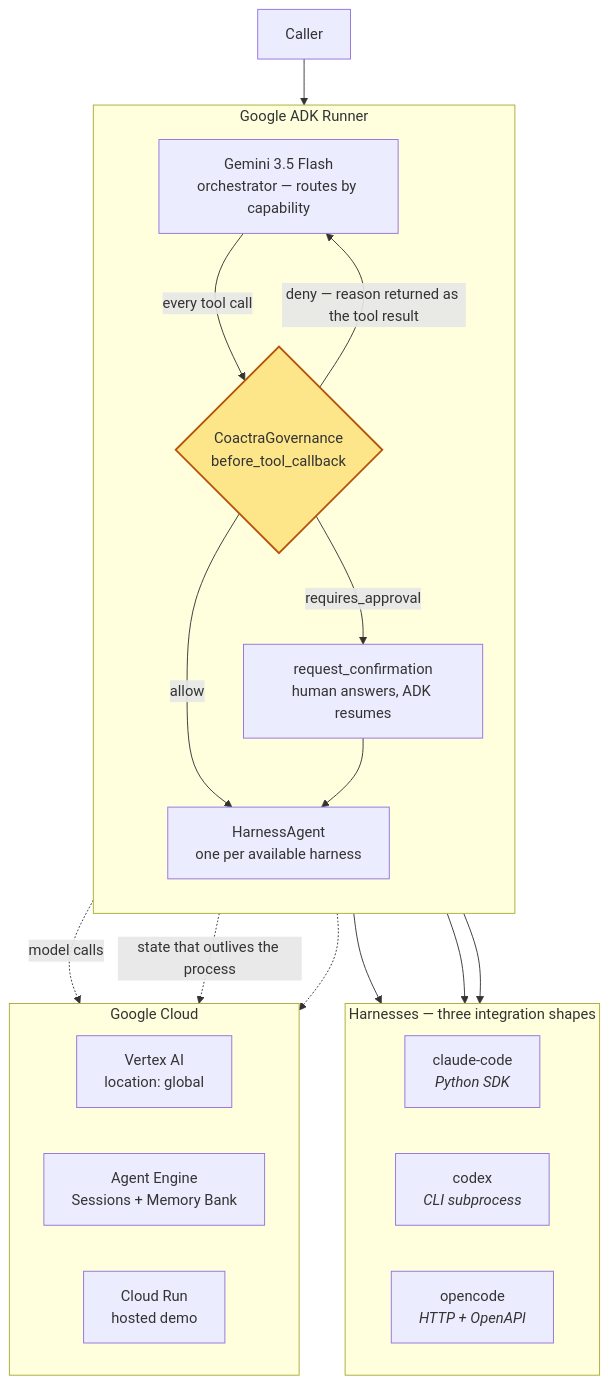
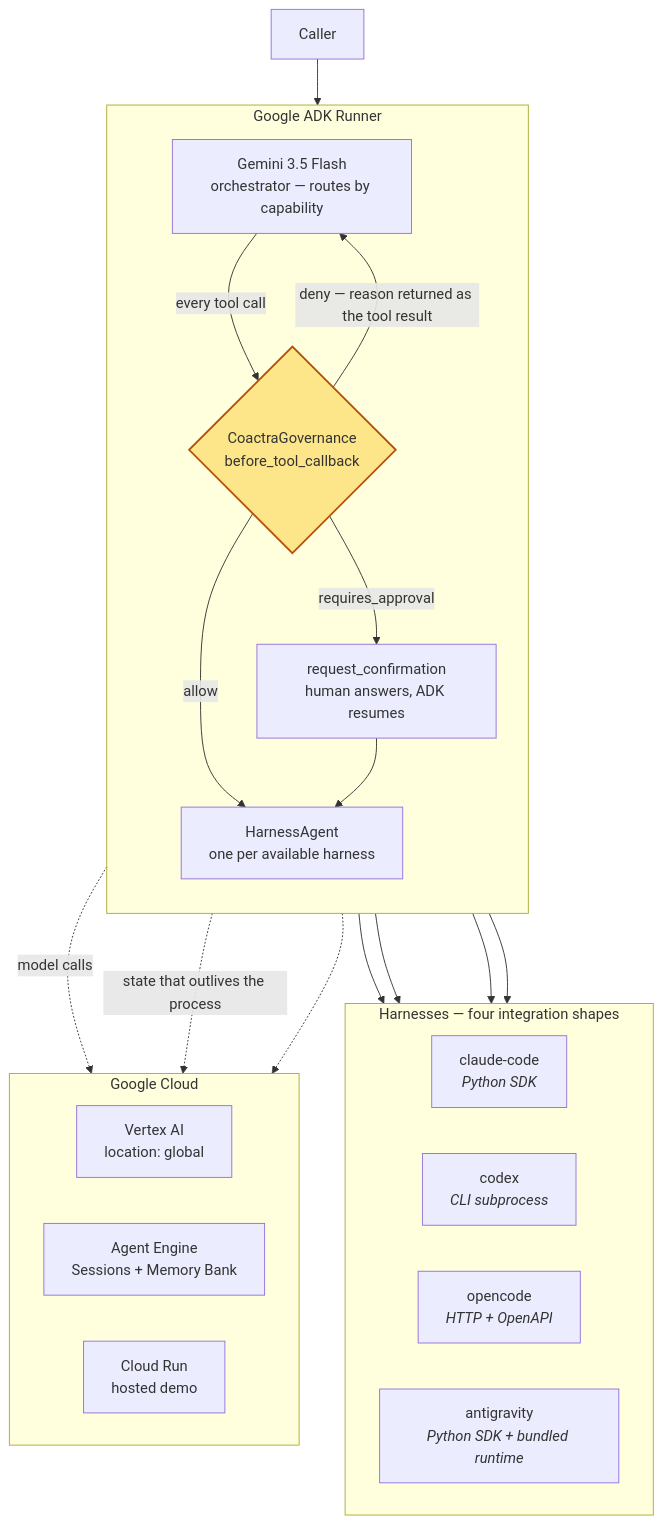
One commit to Davedat-110105/adk-harness changed the diagram in README.md. Above: the diagram before and after it, drawn with Mermaid. The commit also changed other lines of this file and 7 other files, not shown here.

````diff
--- a/README.md
+++ b/README.md
@@ -124,42 +125,43 @@
 ```mermaid
 flowchart TB
     caller["Caller"]
 
     subgraph adk["Google ADK Runner"]
         direction TB
         orch["Gemini 3.5 Flash<br/>orchestrator — routes by capability"]
         gate{"CoactraGovernance<br/>before_tool_callback"}
         pause["request_confirmation<br/>human answers, ADK resumes"]
         agents["HarnessAgent<br/>one per available harness"]
     end
 
-    subgraph harnesses["Harnesses — three integration shapes"]
+    subgraph harnesses["Harnesses — four integration shapes"]
         direction LR
         hc["claude-code<br/><i>Python SDK</i>"]
         hx["codex<br/><i>CLI subprocess</i>"]
         ho["opencode<br/><i>HTTP + OpenAPI</i>"]
+        ha["antigravity<br/><i>Python SDK + bundled runtime</i>"]
     end
 
     subgraph gcp["Google Cloud"]
         direction LR
         vertex["Vertex AI<br/>location: global"]
         engine["Agent Engine<br/>Sessions + Memory Bank"]
         run["Cloud Run<br/>hosted demo"]
     end
 
     caller --> orch
     orch -->|"every tool call"| gate
     gate -->|"allow"| agents
     gate -->|"deny — reason returned as the tool result"| orch
     gate -->|"requires_approval"| pause
     pause --> agents
 
-    agents --> hc & hx & ho
+    agents --> hc & hx & ho & ha
 
     orch -.->|"model calls"| vertex
     adk -.->|"state that outlives the process"| engine
     adk -.-> run
 
     classDef gateStyle fill:#fde68a,stroke:#b45309,stroke-width:2px
     class gate gateStyle
 ```
````
